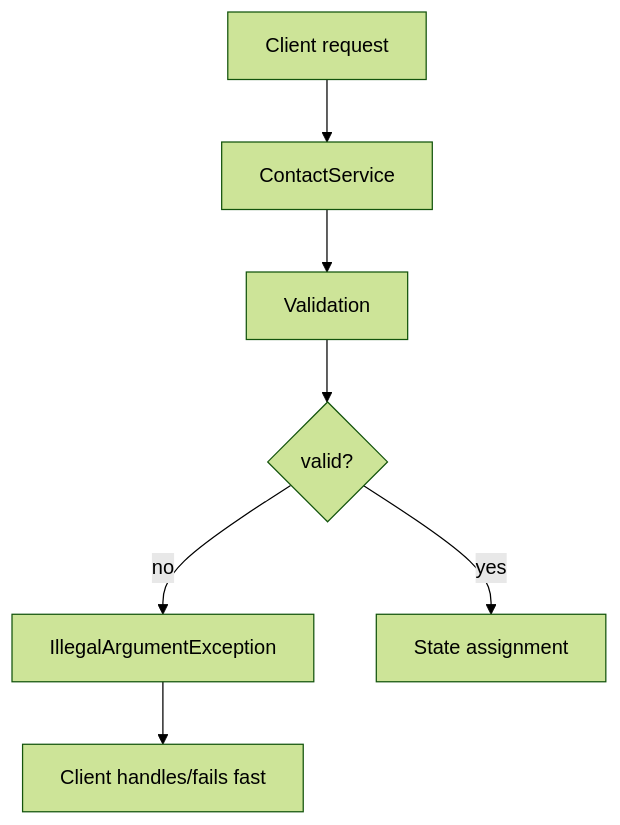
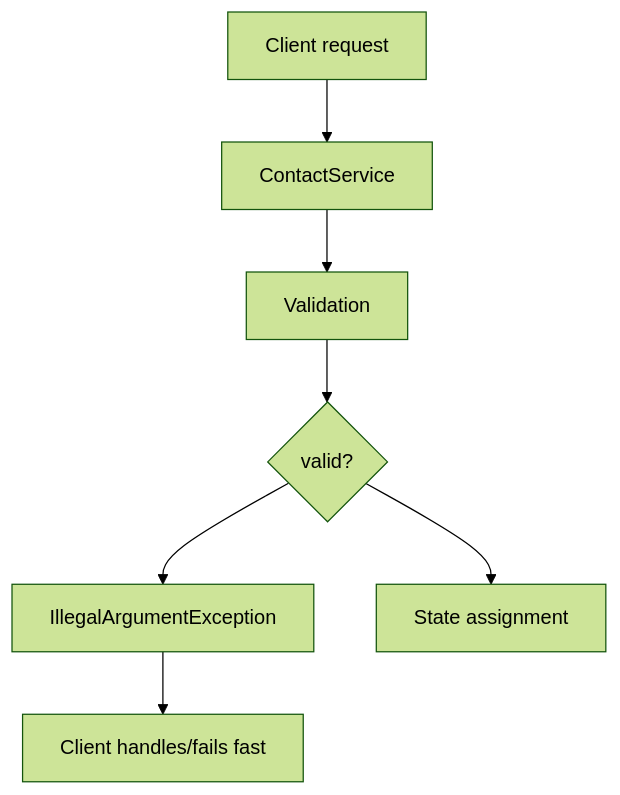
Before and after one commit to jguida941/contact-service-junit: the second of 4 diagrams in README.md, drawn with Mermaid (forest theme). The commit also changed other lines of this file, not shown here.

Commit message:
Update Mermaid diagram syntax in README

````diff
--- a/README.md
+++ b/README.md
@@ -116,9 +116,9 @@
 ```mermaid
 graph TD
     A[Client request] --> B[ContactService]
     B --> C[Validation]
     C --> D{valid?}
-    D -->|no| E[IllegalArgumentException]
+    D --> E[IllegalArgumentException]
     E --> F[Client handles/fails fast]
-    D -->|yes| G[State assignment]
+    D --> G[State assignment]
 ```
````
